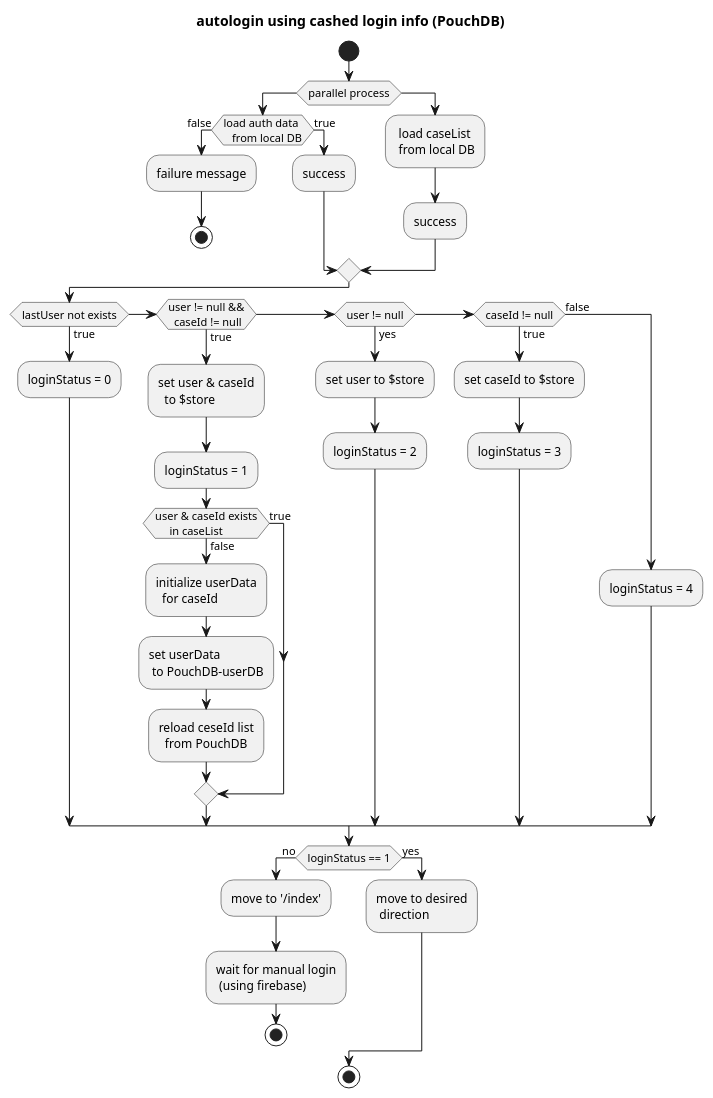
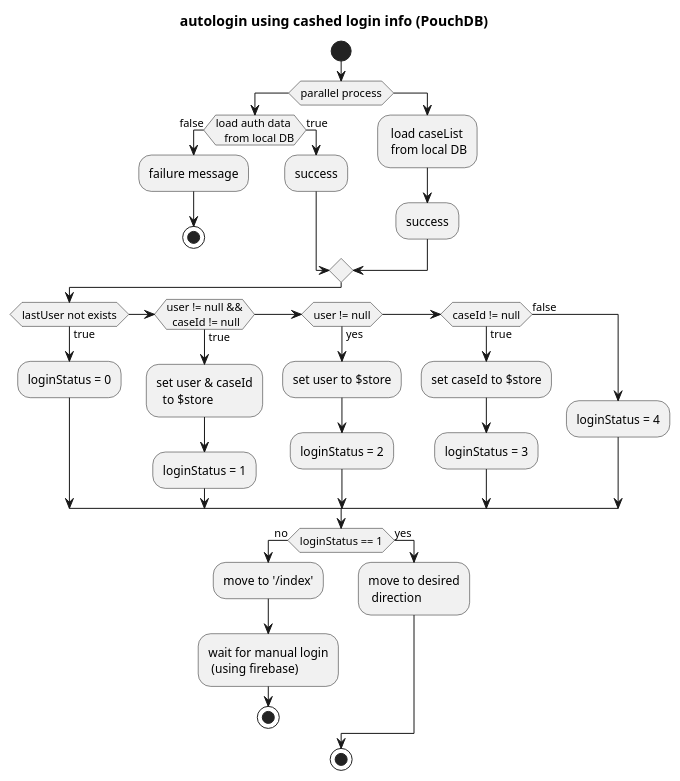
The diagram in assets/backdata/autoLogin.puml (snakada1615/nuxt_pwa201122), drawn with PlantUML before and after one commit. The commit also changed 19 other files, not shown here.

```diff
--- a/assets/backdata/autoLogin.puml
+++ b/assets/backdata/autoLogin.puml
@@ -1,63 +1,52 @@
 @startuml
 title autologin using cashed login info (PouchDB)
 
 start
 
 if (parallel process) then
 
  if (load auth data
    from local DB) then (false)
   :failure message;
   stop
 
  else (true)
  :success;
  endif
 
 else
   : load caseList
    from local DB;
   :success;
 
 endif
 
 if (lastUser not exists) then (true)
     :loginStatus = 0;
 else if (user != null &&
   caseId != null) then (true)
     :set user & caseId
       to $store;
     :loginStatus = 1;
-    if (user & caseId exists
-     in caseList) then (true)
-
-    else (false)
-      :initialize userData
-        for caseId;
-      :set userData
-       to PouchDB-userDB;
-      :reload ceseId list
-        from PouchDB;
-    endif
 else if (user != null) then (yes)
     :set user to $store;
     :loginStatus = 2;
 else if (caseId != null) then (true)
     :set caseId to $store;
     :loginStatus = 3;
 else (false)
     :loginStatus = 4;
 endif
 
 if (loginStatus == 1) then (no)
   :move to '/index';
   :wait for manual login
    (using firebase);
   stop
 else (yes)
   :move to desired
    direction;
 endif
 stop
 
 @enduml
```
